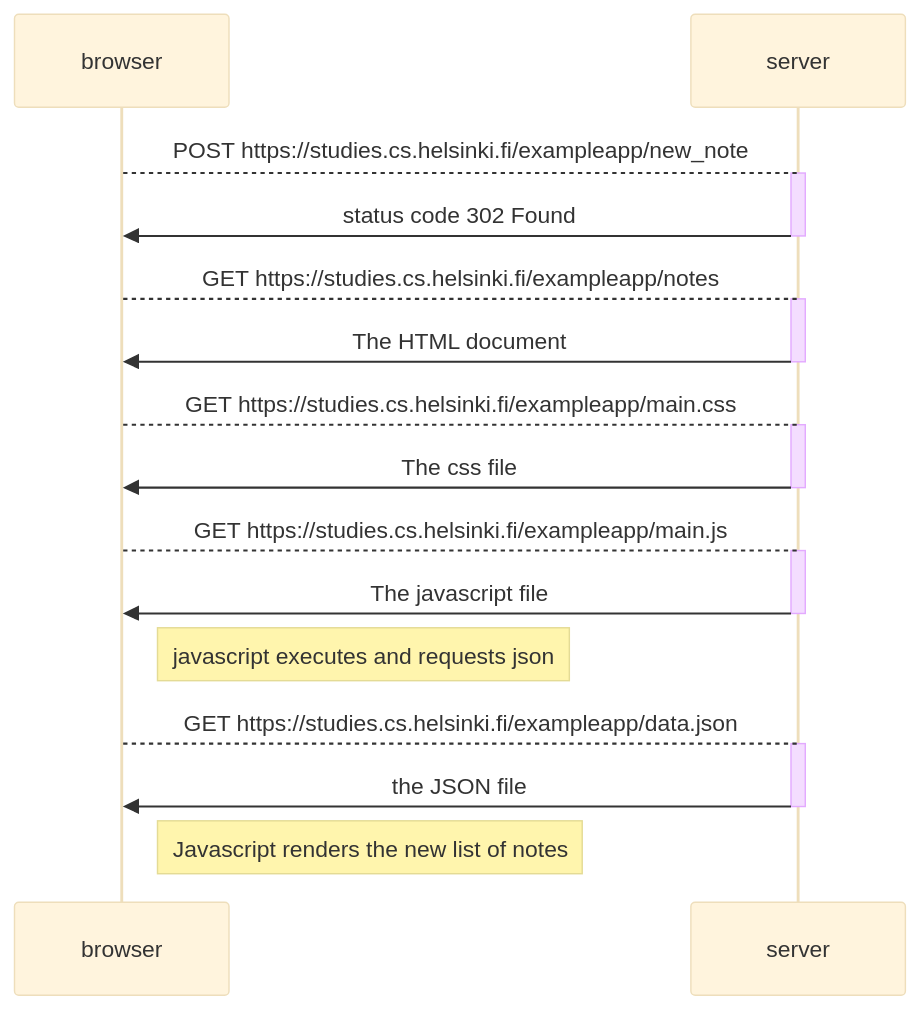
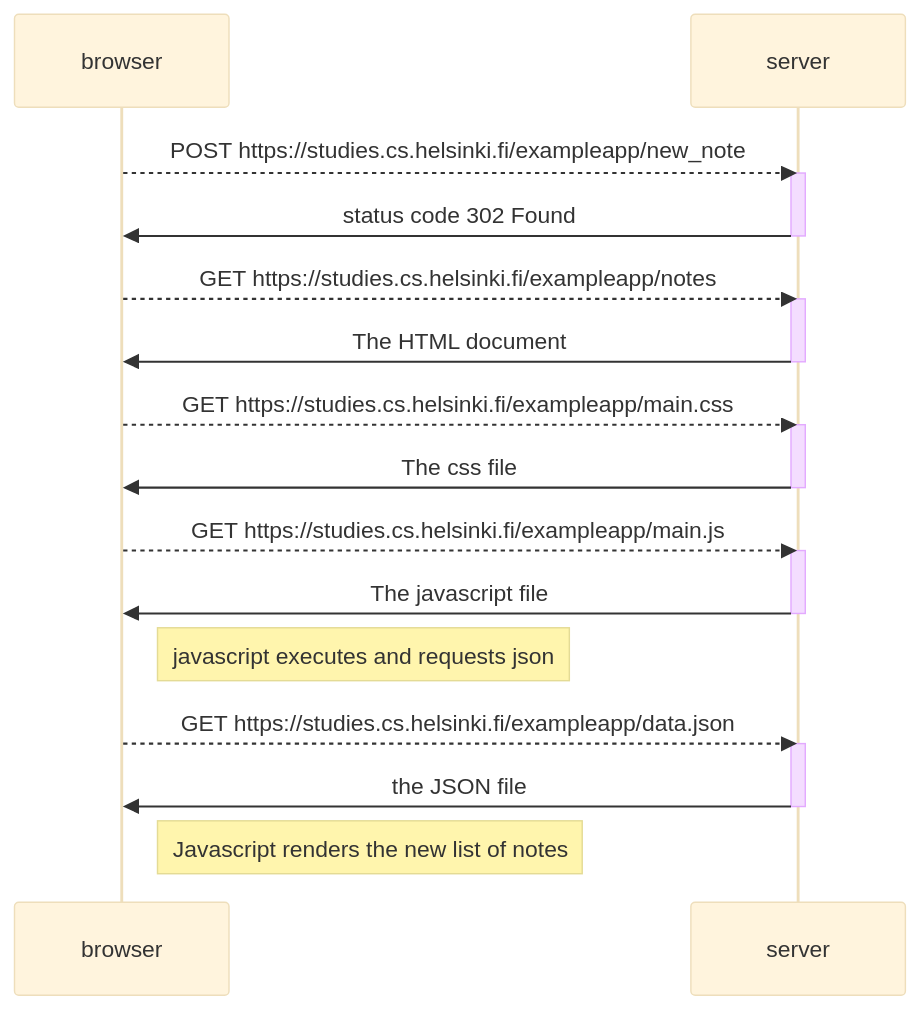
One commit to hjulianpoveda/FullStackOpen changed the diagram in Part0/0.4-New_note_diagram.md. Above: the diagram before and after it, drawn with Mermaid (base theme).

Commit message:
fix: Arrows from browser added to diagram

````diff
--- a/Part0/0.4-New_note_diagram.md
+++ b/Part0/0.4-New_note_diagram.md
@@ -1,34 +1,34 @@
 ```mermaid
 sequenceDiagram
   participant browser
   participant server
 
-  browser-->server: POST https://studies.cs.helsinki.fi/exampleapp/new_note
+  browser-->>server: POST https://studies.cs.helsinki.fi/exampleapp/new_note
   activate server
   server->>browser: status code 302 Found
   deactivate server
 
-  browser-->server: GET https://studies.cs.helsinki.fi/exampleapp/notes
+  browser-->>server: GET https://studies.cs.helsinki.fi/exampleapp/notes
   activate server
   server->>browser: The HTML document
   deactivate server
 
-  browser-->server: GET https://studies.cs.helsinki.fi/exampleapp/main.css
+  browser-->>server: GET https://studies.cs.helsinki.fi/exampleapp/main.css
   activate server
   server ->> browser : The css file
   deactivate server
 
-  browser-->server: GET https://studies.cs.helsinki.fi/exampleapp/main.js
+  browser-->>server: GET https://studies.cs.helsinki.fi/exampleapp/main.js
   activate server
   server ->> browser : The javascript file
   deactivate server
 
   Note right of browser : javascript executes and requests json
 
-  browser-->server: GET https://studies.cs.helsinki.fi/exampleapp/data.json
+  browser-->>server: GET https://studies.cs.helsinki.fi/exampleapp/data.json
   activate server
   server ->> browser : the JSON file
   deactivate server
 
   Note right of browser : Javascript renders the new list of notes
 ```
````
